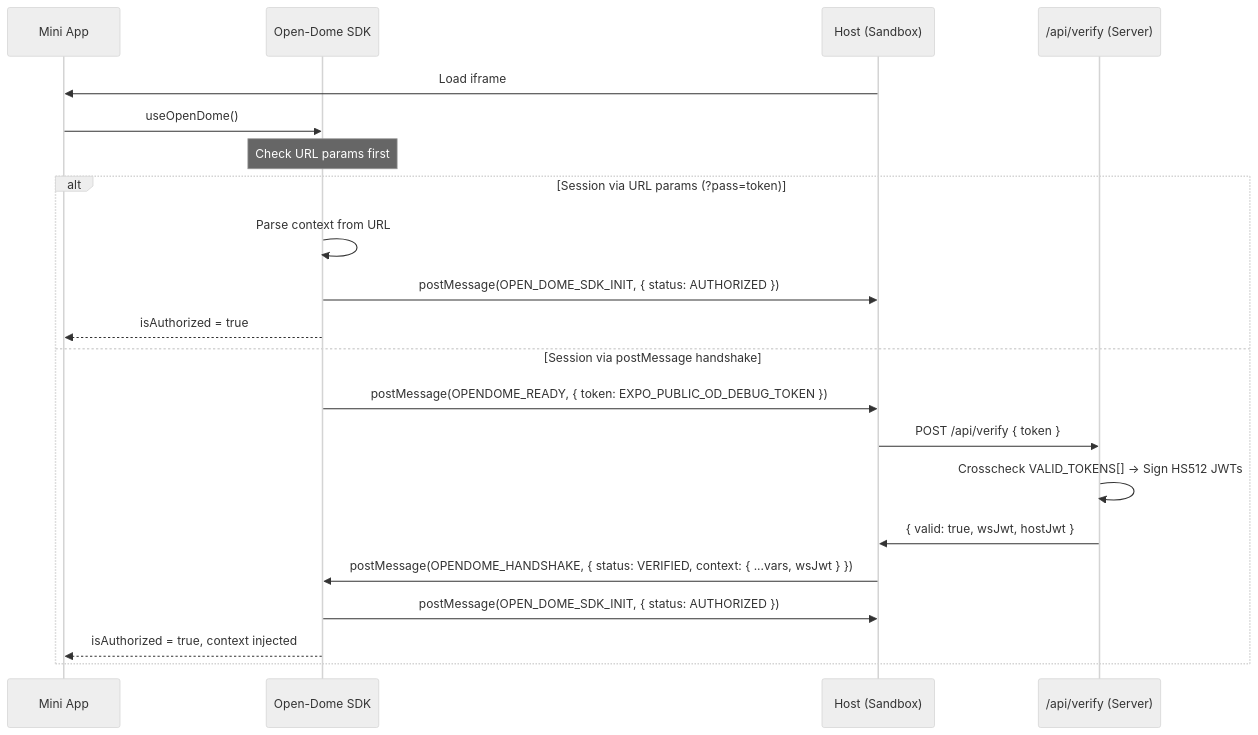
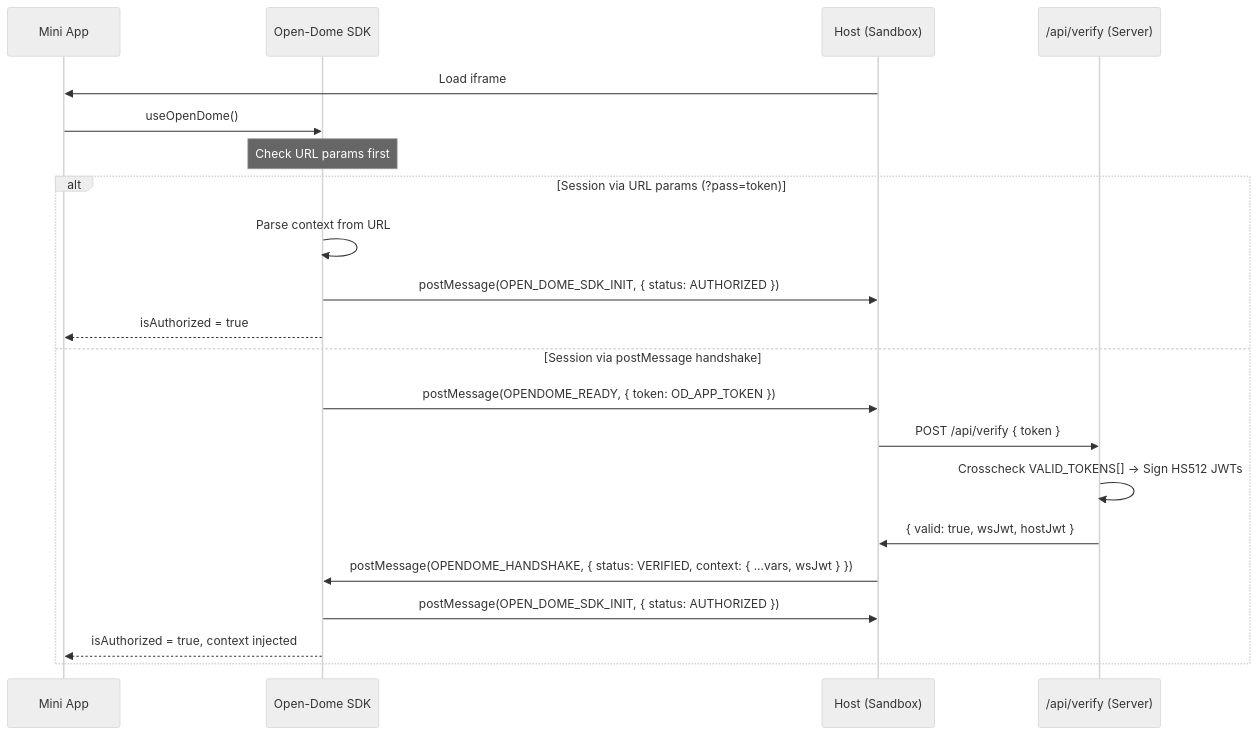
The first of 4 diagrams in open-dome-lib/README.md (Effisend-Labs/Open-Dome), drawn with Mermaid (neutral theme) before and after one commit. The commit also changed other lines of this file and 65 other files, not shown here.

````diff
--- a/open-dome-lib/README.md
+++ b/open-dome-lib/README.md
@@ -22,24 +22,24 @@
 ```mermaid
 sequenceDiagram
     participant MiniApp as Mini App
     participant SDK as Open-Dome SDK
     participant Host as Host (Sandbox)
     participant API as /api/verify (Server)
 
     Host->>MiniApp: Load iframe
     MiniApp->>SDK: useOpenDome()
     Note over SDK: Check URL params first
     alt Session via URL params (?pass=token)
         SDK->>SDK: Parse context from URL
         SDK->>Host: postMessage(OPEN_DOME_SDK_INIT, { status: AUTHORIZED })
         SDK-->>MiniApp: isAuthorized = true
     else Session via postMessage handshake
-        SDK->>Host: postMessage(OPENDOME_READY, { token: EXPO_PUBLIC_OD_DEBUG_TOKEN })
+        SDK->>Host: postMessage(OPENDOME_READY, { token: OD_APP_TOKEN })
         Host->>API: POST /api/verify { token }
         API->>API: Crosscheck VALID_TOKENS[] → Sign HS512 JWTs
         API->>Host: { valid: true, wsJwt, hostJwt }
         Host->>SDK: postMessage(OPENDOME_HANDSHAKE, { status: VERIFIED, context: { ...vars, wsJwt } })
         SDK->>Host: postMessage(OPEN_DOME_SDK_INIT, { status: AUTHORIZED })
         SDK-->>MiniApp: isAuthorized = true, context injected
     end
 ```
````
